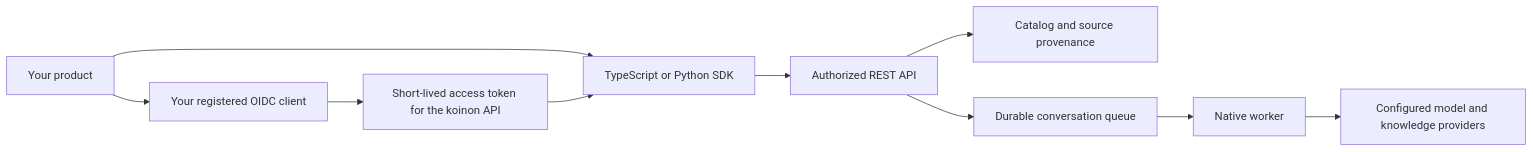
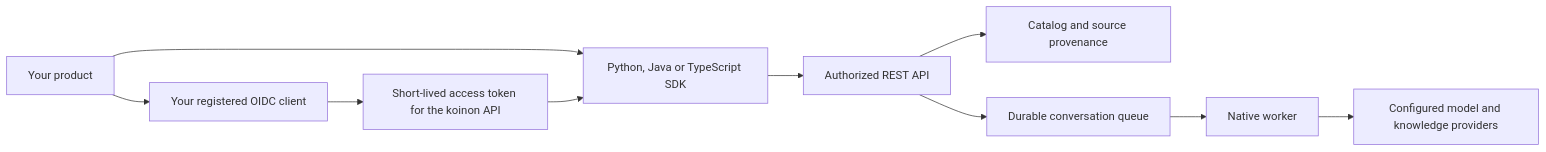
Before and after one commit to fireflyframework/firefly-koinon: the diagram in docs/guides/headless.md, drawn with Mermaid. The commit also changed other lines of this file and 14 other files, not shown here.

````diff
--- a/docs/guides/headless.md
+++ b/docs/guides/headless.md
@@ -5,12 +5,12 @@
 ```mermaid
 flowchart LR
   Product[Your product] --> Identity[Your registered OIDC client]
   Identity --> Token[Short-lived access token for the koinon API]
-  Product --> SDK[TypeScript or Python SDK]
+  Product --> SDK[Python, Java or TypeScript SDK]
   Token --> SDK
   SDK --> API[Authorized REST API]
   API --> Catalog[Catalog and source provenance]
   API --> Queue[Durable conversation queue]
   Queue --> Worker[Native worker]
   Worker --> Providers[Configured model and knowledge providers]
 ```
````
